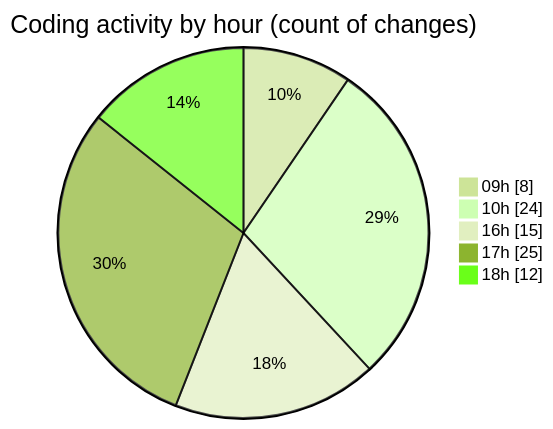
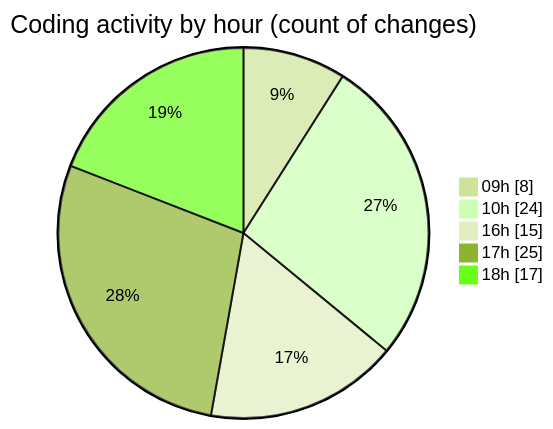
Before and after one commit to julien-gomy/code-tracking: the second of 2 diagrams in 2025-10-09/eventscop-frontend-guide__workspace_/README.md, drawn with Mermaid (forest theme). The commit also changed other lines of this file and 1 other file, not shown here.

````diff
--- a/2025-10-09/eventscop-frontend-guide__workspace_/README.md
+++ b/2025-10-09/eventscop-frontend-guide__workspace_/README.md
@@ -58,9 +61,9 @@
 ```mermaid
 pie showData
 title Coding activity by hour (count of changes)
 "09h" : 8
 "10h" : 24
 "16h" : 15
 "17h" : 25
-"18h" : 12
+"18h" : 17
 ```
````
